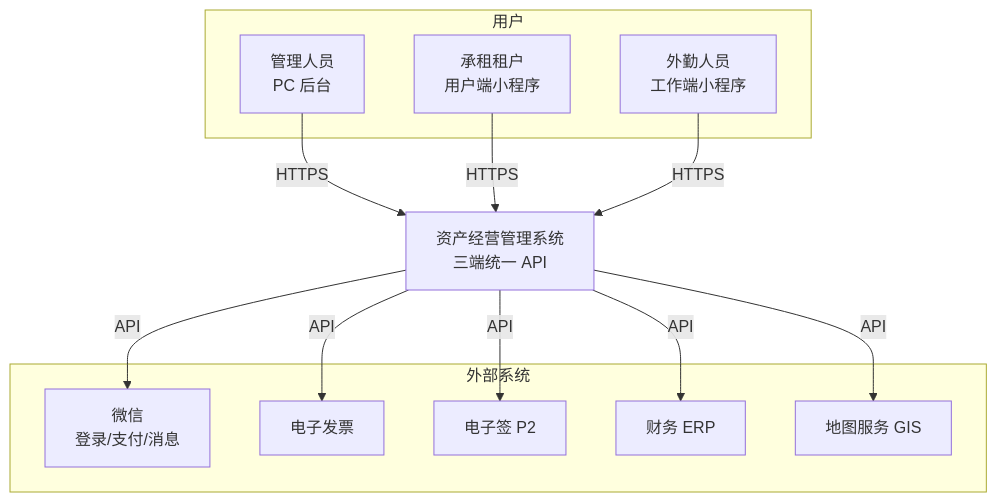
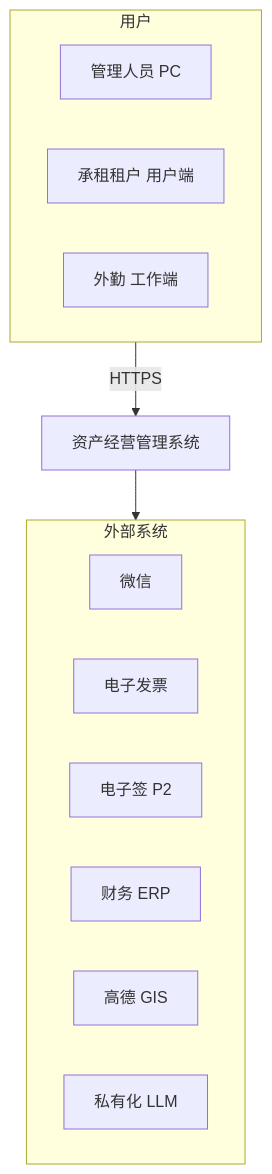
One commit to Jerry-RL/asset-management-system changed the first of 2 diagrams in docs/design/概要设计说明书.md. Above: the diagram before and after it, drawn with Mermaid. The commit also changed other lines of this file and 58 other files, not shown here.

````diff
--- a/docs/design/概要设计说明书.md
+++ b/docs/design/概要设计说明书.md
@@ -24,27 +24,19 @@
 ```mermaid
 flowchart TB
   subgraph users ["用户"]
-    admin["管理人员<br/>PC 后台"]
-    tenant["承租租户<br/>用户端小程序"]
-    worker["外勤人员<br/>工作端小程序"]
+    admin["管理人员 PC"]
+    tenant["承租租户 用户端"]
+    worker["外勤 工作端"]
   end
-
-  ams["资产经营管理系统<br/>三端统一 API"]
-
+  ams["资产经营管理系统"]
   subgraph external ["外部系统"]
-    wechat["微信<br/>登录/支付/消息"]
+    wechat["微信"]
     invoice["电子发票"]
     esign["电子签 P2"]
     erp["财务 ERP"]
-    gis["地图服务 GIS"]
+    gis["高德 GIS"]
+    llm["私有化 LLM"]
   end
-
-  admin -->|HTTPS| ams
-  tenant -->|HTTPS| ams
-  worker -->|HTTPS| ams
-  ams -->|API| wechat
-  ams -->|API| invoice
-  ams -->|API| esign
-  ams -->|API| erp
-  ams -->|API| gis
+  users -->|HTTPS| ams
+  ams --> external
 ```
````
